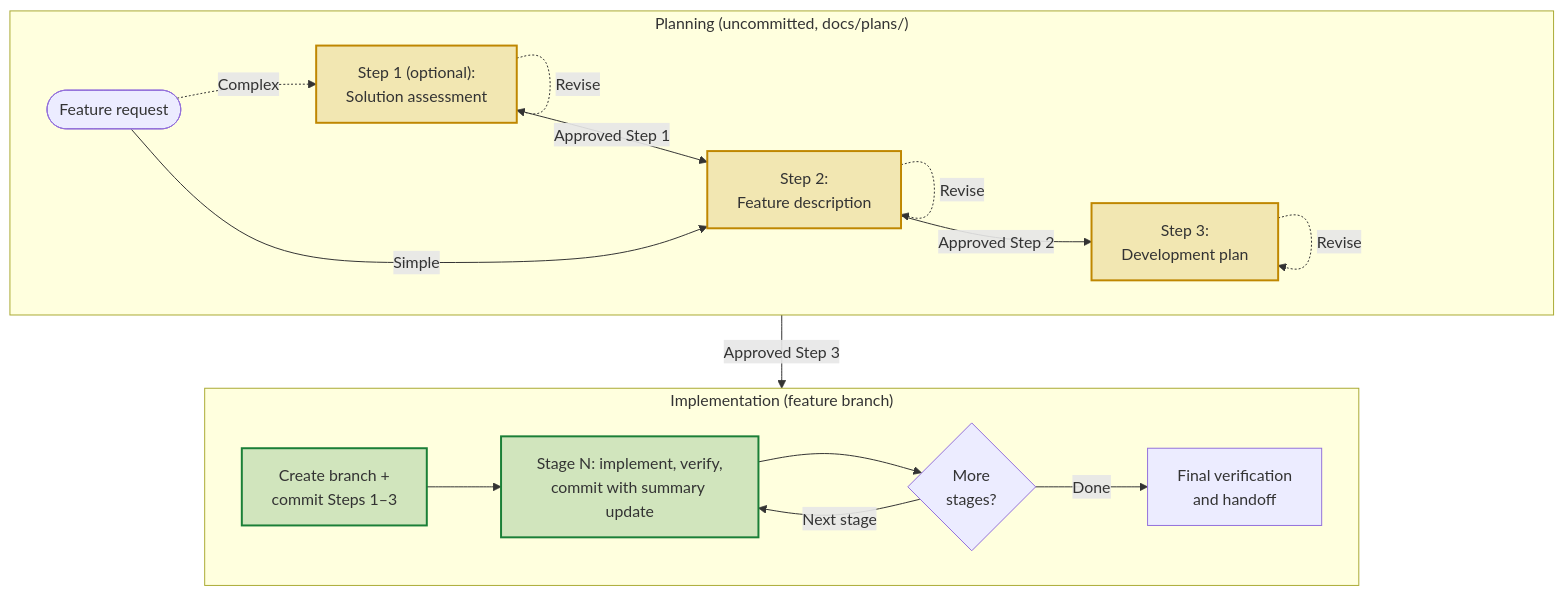
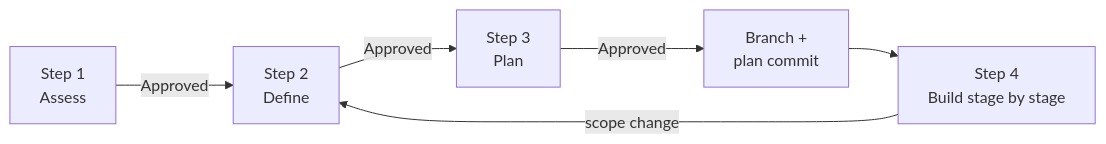
One commit to gulkily/railspike changed the diagram in README.md. Above: the diagram before and after it, drawn with Mermaid. The commit also changed other lines of this file and 1 other file, not shown here.

````diff
--- a/README.md
+++ b/README.md
@@ -153,34 +75,8 @@
 ```mermaid
-flowchart TB
-    subgraph PLAN ["Planning (uncommitted, docs/plans/)"]
-        direction LR
-        A([Feature request])
-        S1["Step 1 (optional):<br/>Solution assessment"]
-        S2["Step 2:<br/>Feature description"]
-        S3["Step 3:<br/>Development plan"]
-    end
-    subgraph IMPL ["Implementation (feature branch)"]
-        direction LR
-        BR["Create branch +<br/>commit Steps 1–3"]
-        S4["Stage N: implement, verify,<br/>commit with summary update"]
-        M{"More<br/>stages?"}
-        F["Final verification<br/>and handoff"]
-    end
-    A -.->|Complex| S1
-    A -->|Simple| S2
-    S1 -->|Approved Step 1| S2
-    S1 -.->|Revise| S1
-    S2 -->|Approved Step 2| S3
-    S2 -.->|Revise| S2
-    PLAN -->|Approved Step 3| IMPL
-    S3 -.->|Revise| S3
-    BR --> S4
-    S4 --> M
-    M -->|Next stage| S4
-    M -->|Done| F
-    classDef gate fill:#bf870033,stroke:#bf8700,stroke-width:2px
-    classDef commit fill:#1a7f3733,stroke:#1a7f37,stroke-width:2px
-    classDef stop fill:#cf222e33,stroke:#cf222e,stroke-width:2px
-    class S1,S2,S3 gate
-    class BR,S4 commit
+flowchart LR
+  S1[Step 1<br/>Assess] -->|Approved| S2[Step 2<br/>Define]
+  S2 -->|Approved| S3[Step 3<br/>Plan]
+  S3 -->|Approved| B[Branch +<br/>plan commit]
+  B --> S4[Step 4<br/>Build stage by stage]
+  S4 -->|scope change| S2
 ```
````
